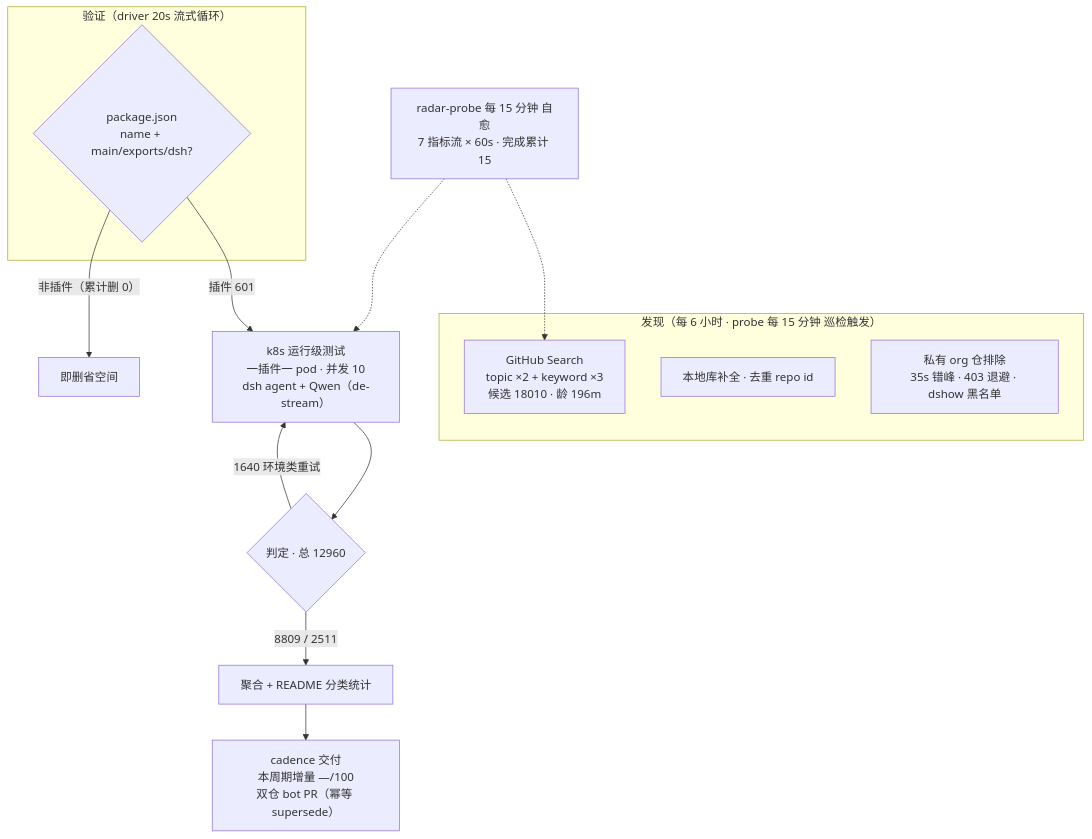
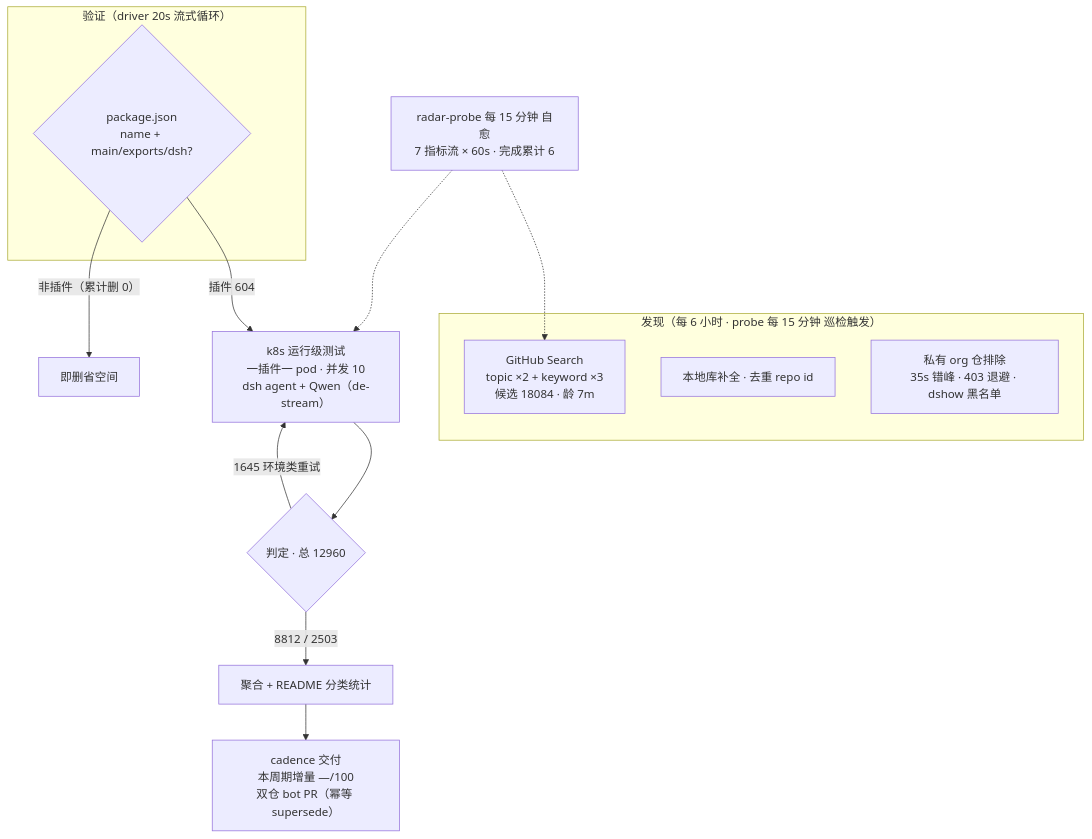
One commit to AdamPlatin123/awesome-dsh-plugins changed the diagram in README.md. Above: the diagram before and after it, drawn with Mermaid. The commit also changed other lines of this file and 5 other files, not shown here.

````diff
--- a/README.md
+++ b/README.md
@@ -52,20 +52,20 @@
 ```mermaid
 flowchart TB
     subgraph Discovery["发现（每 6 小时 · probe 每 15 分钟 巡检触发）"]
-        A1["GitHub Search<br/>topic ×2 + keyword ×3<br/>候选 18010 · 龄 196m"]
+        A1["GitHub Search<br/>topic ×2 + keyword ×3<br/>候选 18084 · 龄 7m"]
         A2["本地库补全 · 去重 repo id"]
         A3["私有 org 仓排除<br/>35s 错峰 · 403 退避 · dshow 黑名单"]
     end
     subgraph Validation["验证（driver 20s 流式循环）"]
         B1{"package.json<br/>name + main/exports/dsh?"}
     end
-    B1 -->|"插件 601"| C1["k8s 运行级测试<br/>一插件一 pod · 并发 10<br/>dsh agent + Qwen（de-stream）"]
+    B1 -->|"插件 604"| C1["k8s 运行级测试<br/>一插件一 pod · 并发 10<br/>dsh agent + Qwen（de-stream）"]
     B1 -->|"非插件（累计删 0）"| B3["即删省空间"]
     C1 --> D1{"判定 · 总 12960"}
-    D1 -->|"8809 / 2511"| E1["聚合 + README 分类统计"]
-    D1 -->|"1640 环境类重试"| C1
+    D1 -->|"8812 / 2503"| E1["聚合 + README 分类统计"]
+    D1 -->|"1645 环境类重试"| C1
     E1 --> E2["cadence 交付<br/>本周期增量 —/100<br/>双仓 bot PR（幂等 supersede）"]
-    M["radar-probe 每 15 分钟 自愈<br/>7 指标流 × 60s · 完成累计 15"]
+    M["radar-probe 每 15 分钟 自愈<br/>7 指标流 × 60s · 完成累计 6"]
     M -.-> A1
     M -.-> C1
 ```
````
